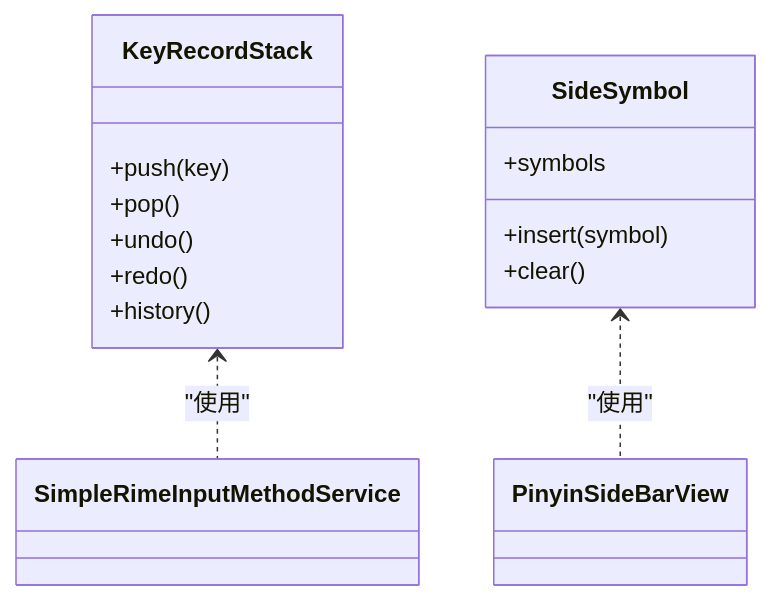
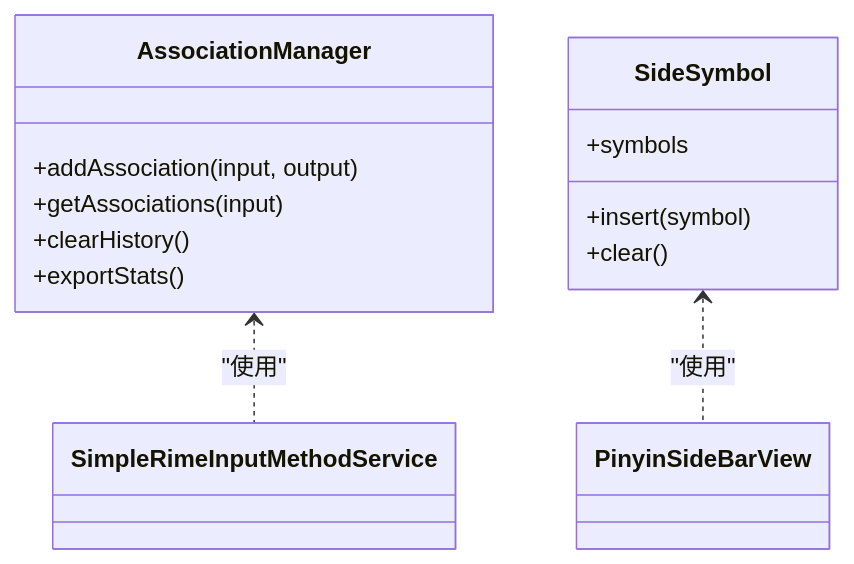
Before and after one commit to qiaodashaoye/ziyou-ime: the sixth of 8 diagrams in .qoder/repowiki/zh/content/项目概览/架构概览.md, drawn with Mermaid. The commit also changed other lines of this file and 11 other files, not shown here.

````diff
--- a/.qoder/repowiki/zh/content/项目概览/架构概览.md
+++ b/.qoder/repowiki/zh/content/项目概览/架构概览.md
@@ -330,17 +336,16 @@
 ```mermaid
 classDiagram
-class KeyRecordStack {
-+push(key)
-+pop()
-+undo()
-+redo()
-+history()
+class AssociationManager {
++addAssociation(input, output)
++getAssociations(input)
++clearHistory()
++exportStats()
 }
 class SideSymbol {
 +symbols
 +insert(symbol)
 +clear()
 }
-KeyRecordStack <.. SimpleRimeInputMethodService : "使用"
+AssociationManager <.. SimpleRimeInputMethodService : "使用"
 SideSymbol <.. PinyinSideBarView : "使用"
 ```
````
